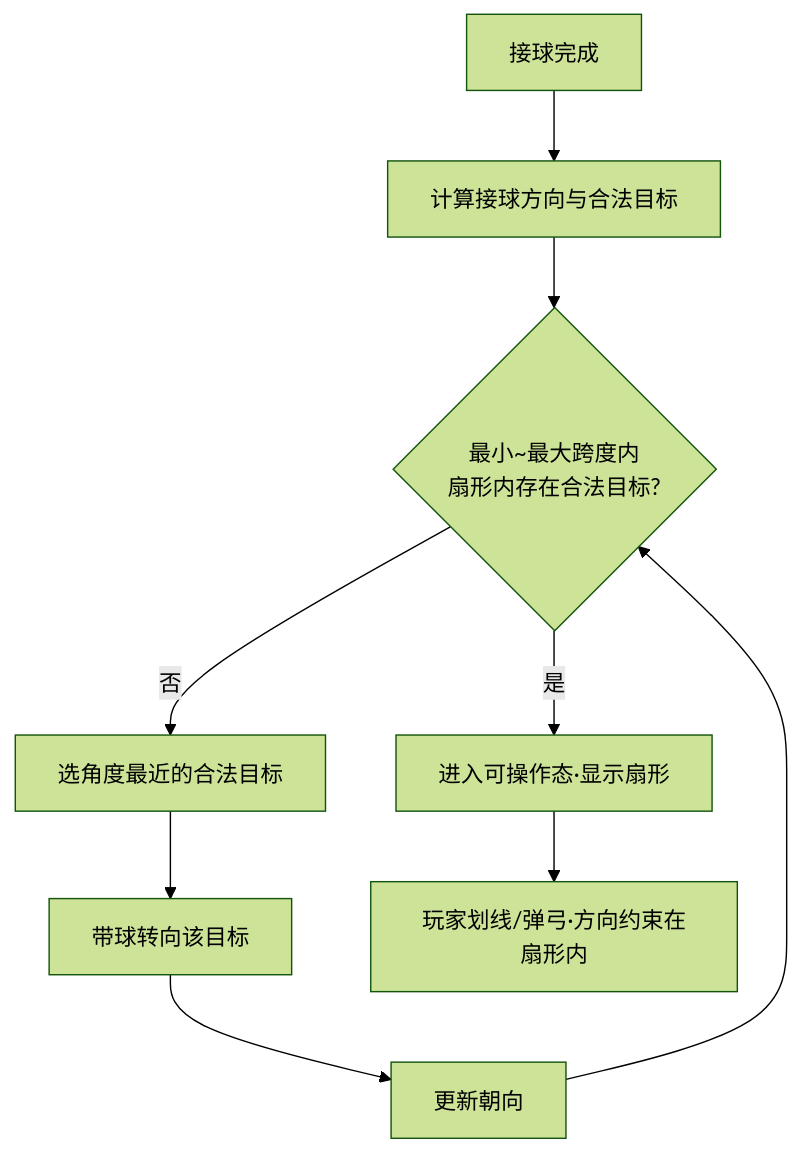
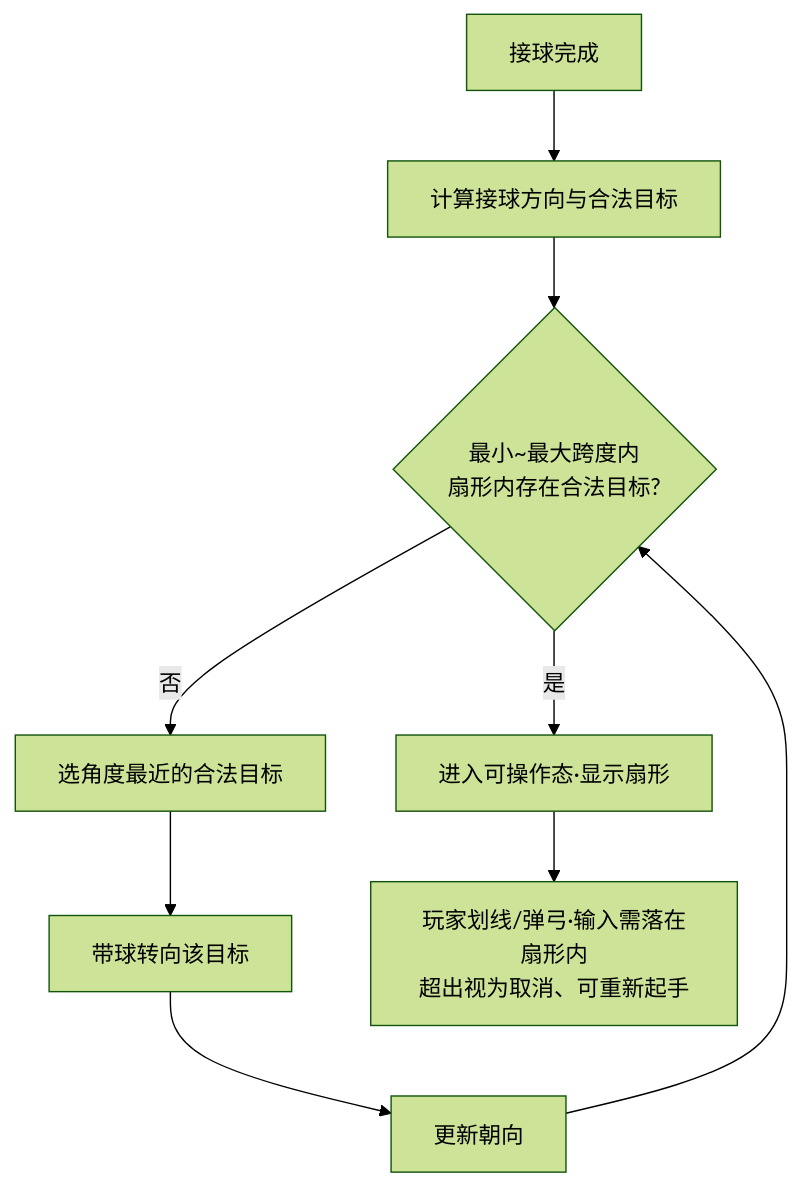
One commit to RehearsalTap4Fun/MindToDoc changed the third of 8 diagrams in output/2026世界杯主题活动.md. Above: the diagram before and after it, drawn with Mermaid (forest theme). The commit also changed other lines of this file and 4 other files, not shown here.

````diff
--- a/output/2026世界杯主题活动.md
+++ b/output/2026世界杯主题活动.md
@@ -159,11 +169,11 @@
 ```mermaid
 flowchart TD
 A[接球完成] --> B[计算接球方向与合法目标]
 B --> C{最小~最大跨度内<br/>扇形内存在合法目标?}
 C -->|是| D[进入可操作态·显示扇形]
 C -->|否| E[选角度最近的合法目标]
 E --> F[带球转向该目标]
 F --> G[更新朝向]
 G --> C
-D --> H[玩家划线/弹弓·方向约束在扇形内]
+D --> H[玩家划线/弹弓·输入需落在扇形内<br/>超出视为取消、可重新起手]
 ```
````
